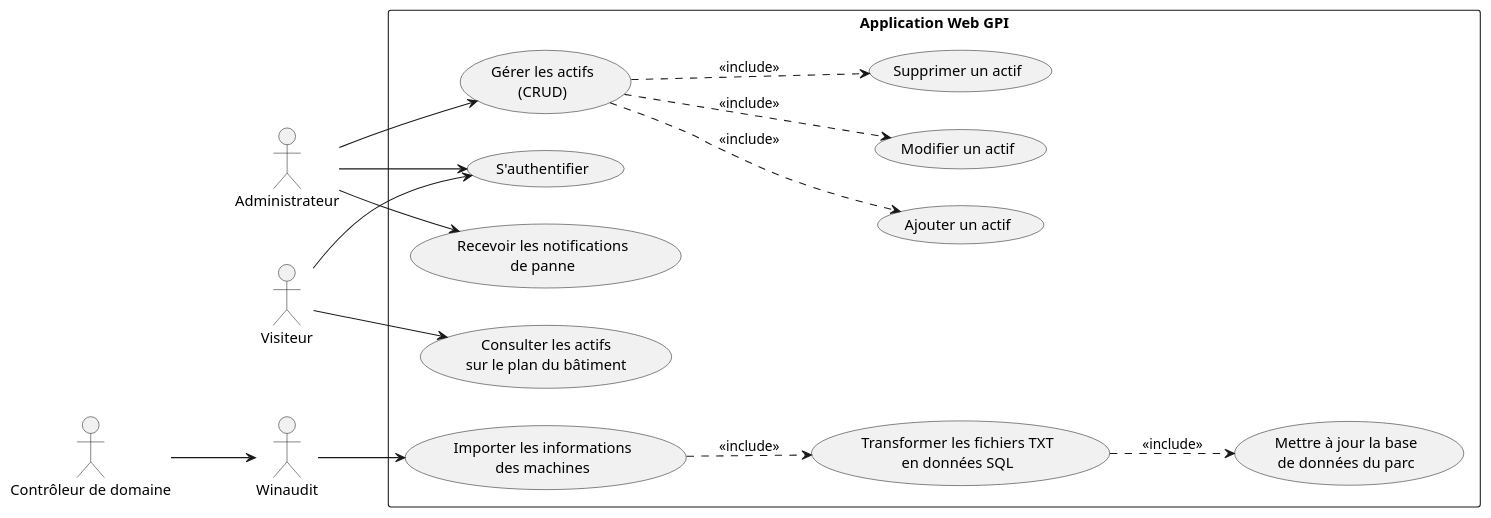
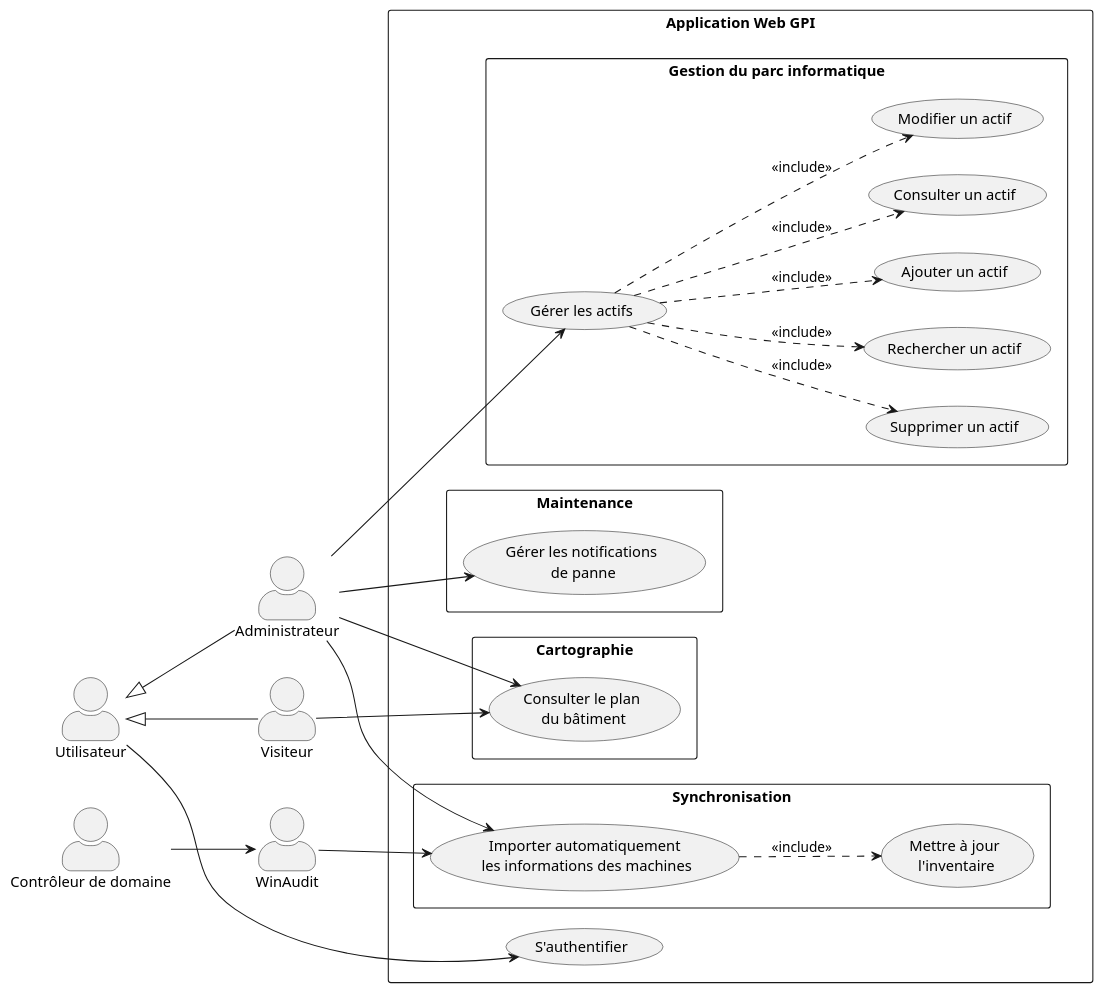
One commit to ratsimandresyy/GPI_Artec changed the diagram in Plans_de_conception_du_GPI/user_case_proto_2.puml. Above: the diagram before and after it, drawn with PlantUML. The commit also changed 1 other file, not shown here.

Commit message:
commit 2 : amelioration des diagrammes

```diff
--- a/Plans_de_conception_du_GPI/user_case_proto_2.puml
+++ b/Plans_de_conception_du_GPI/user_case_proto_2.puml
@@ -1,58 +1,73 @@
 @startuml GPI_UseCase
 
 left to right direction
+skinparam packageStyle rectangle
+skinparam actorStyle awesome
 
+actor "Utilisateur" as User
 actor "Administrateur" as Admin
 actor "Visiteur" as Visitor
 actor "Contrôleur de domaine" as DC
-actor "Winaudit" as WinAudit
+actor "WinAudit" as WinAudit
+
+User <|-- Admin
+User <|-- Visitor
 
 rectangle "Application Web GPI" {
 
     usecase "S'authentifier" as Login
 
-    usecase "Gérer les actifs\n(CRUD)" as CRUD
+    package "Gestion du parc informatique" {
 
-    usecase "Ajouter un actif" as Add
-    usecase "Modifier un actif" as Update
-    usecase "Supprimer un actif" as Delete
+        usecase "Gérer les actifs" as ManageAssets
+        usecase "Ajouter un actif" as Add
+        usecase "Consulter un actif" as View
+        usecase "Modifier un actif" as Update
+        usecase "Supprimer un actif" as Delete
+        usecase "Rechercher un actif" as Search
 
-    usecase "Consulter les actifs\nsur le plan du bâtiment" as Map
+    }
 
-    usecase "Recevoir les notifications\nde panne" as Notify
+    package "Cartographie" {
 
-    usecase "Importer les informations\ndes machines" as Import
+        usecase "Consulter le plan\n du bâtiment" as Map
 
-    usecase "Transformer les fichiers TXT\nen données SQL" as Convert
+    }
 
-    usecase "Mettre à jour la base\nde données du parc" as UpdateDB
+    package "Maintenance" {
+
+        usecase "Gérer les notifications\n de panne" as Notify
+
+    }
+
+    package "Synchronisation" {
+
+        usecase "Importer automatiquement\n les informations des machines" as Import
+
+        usecase "Mettre à jour\n l'inventaire" as SyncDB
+
+    }
+
 }
 
+User --> Login
 
-' Utilisateurs
+Admin --> ManageAssets
+Admin --> Notify
+Admin --> Import
+Admin --> Map
 
-Admin --> Login
-Admin --> CRUD
-Admin --> Notify
-
-Visitor --> Login
 Visitor --> Map
 
-
-' Décomposition CRUD
-
-CRUD ..> Add : <<include>>
-CRUD ..> Update : <<include>>
-CRUD ..> Delete : <<include>>
-
-
-' Collecte automatique
+ManageAssets ..> Add : <<include>>
+ManageAssets ..> View : <<include>>
+ManageAssets ..> Update : <<include>>
+ManageAssets ..> Delete : <<include>>
+ManageAssets ..> Search : <<include>>
 
 DC --> WinAudit
 WinAudit --> Import
 
-Import ..> Convert : <<include>>
-Convert ..> UpdateDB : <<include>>
-
+Import ..> SyncDB : <<include>>
 
 @enduml
```
